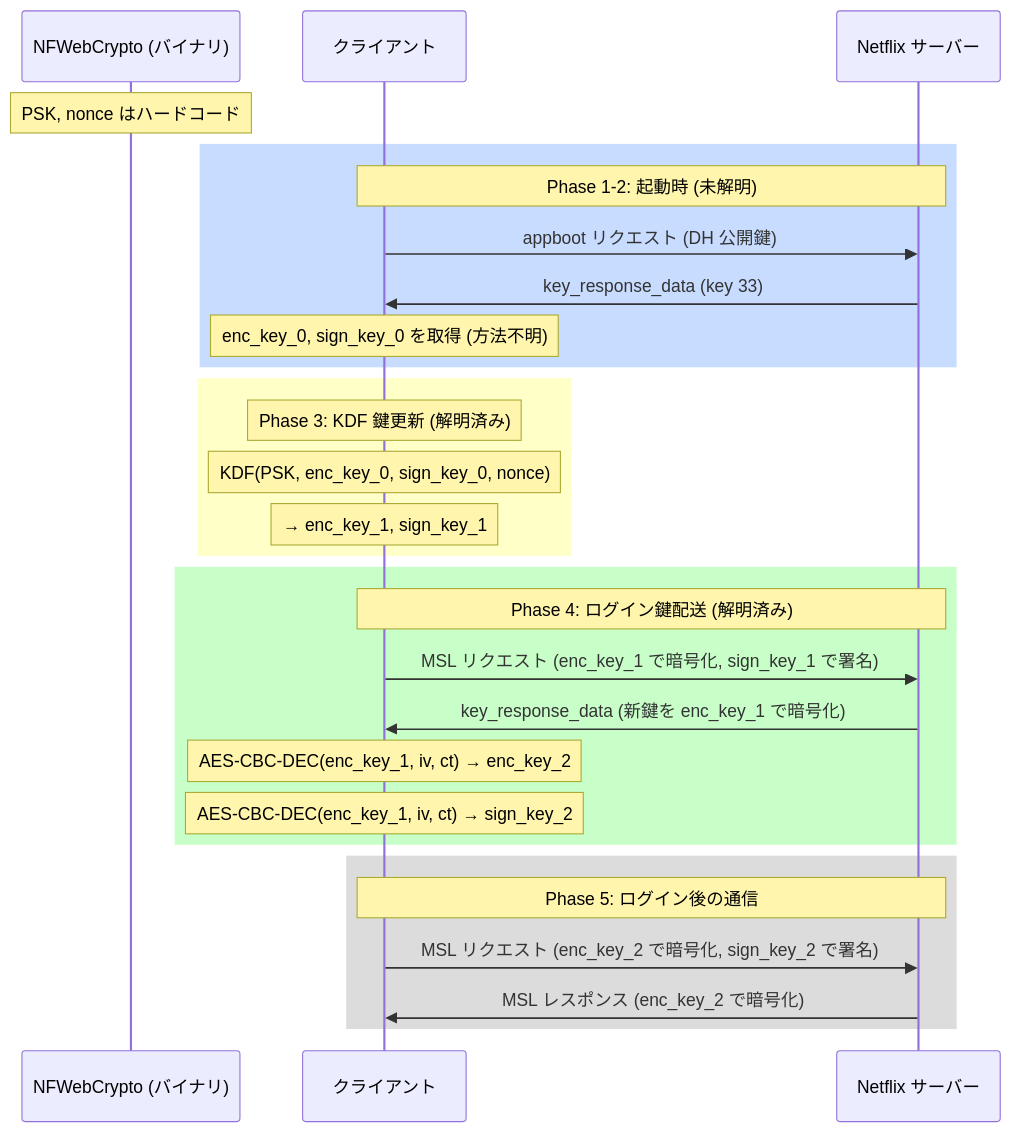
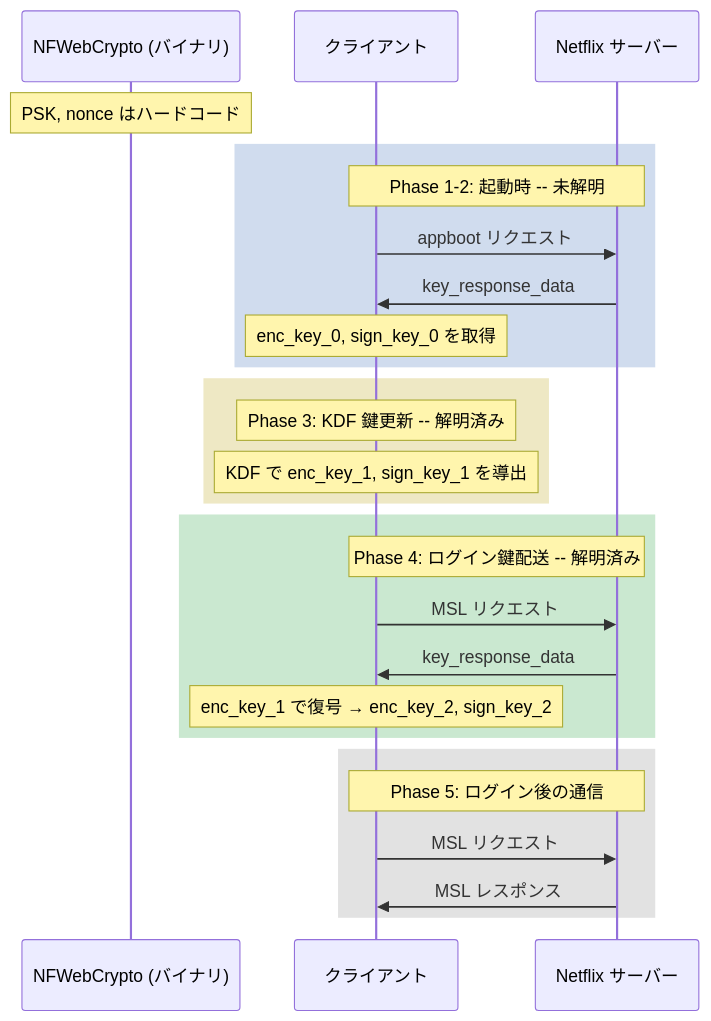
Before and after one commit to qtmleap/revkit: the second of 5 diagrams in docs/spec/msl_key_relationship.md, drawn with Mermaid.

Commit message:
fix(docs): ライフサイクル図をダークモード対応に変更
rect の背景色を rgba 半透明に変更し、ダークモードで視認性を確保。
冗長なラベルも簡潔に整理。

````diff
--- a/docs/spec/msl_key_relationship.md
+++ b/docs/spec/msl_key_relationship.md
@@ -109,35 +109,33 @@
 ```mermaid
 sequenceDiagram
     participant B as NFWebCrypto (バイナリ)
     participant C as クライアント
     participant S as Netflix サーバー
 
     Note over B: PSK, nonce はハードコード
 
-    rect rgb(200, 220, 255)
-    Note over C,S: Phase 1-2: 起動時 (未解明)
-    C->>S: appboot リクエスト (DH 公開鍵)
-    S->>C: key_response_data (key 33)
-    Note over C: enc_key_0, sign_key_0 を取得 (方法不明)
+    rect rgba(100, 140, 200, 0.3)
+    Note over C,S: Phase 1-2: 起動時 -- 未解明
+    C->>S: appboot リクエスト
+    S->>C: key_response_data
+    Note over C: enc_key_0, sign_key_0 を取得
     end
 
-    rect rgb(255, 255, 200)
-    Note over C: Phase 3: KDF 鍵更新 (解明済み)
-    Note over C: KDF(PSK, enc_key_0, sign_key_0, nonce)
-    Note over C: → enc_key_1, sign_key_1
+    rect rgba(200, 180, 60, 0.3)
+    Note over C: Phase 3: KDF 鍵更新 -- 解明済み
+    Note over C: KDF で enc_key_1, sign_key_1 を導出
     end
 
-    rect rgb(200, 255, 200)
-    Note over C,S: Phase 4: ログイン鍵配送 (解明済み)
-    C->>S: MSL リクエスト (enc_key_1 で暗号化, sign_key_1 で署名)
-    S->>C: key_response_data (新鍵を enc_key_1 で暗号化)
-    Note over C: AES-CBC-DEC(enc_key_1, iv, ct) → enc_key_2
-    Note over C: AES-CBC-DEC(enc_key_1, iv, ct) → sign_key_2
+    rect rgba(80, 180, 100, 0.3)
+    Note over C,S: Phase 4: ログイン鍵配送 -- 解明済み
+    C->>S: MSL リクエスト
+    S->>C: key_response_data
+    Note over C: enc_key_1 で復号 → enc_key_2, sign_key_2
     end
 
-    rect rgb(220, 220, 220)
+    rect rgba(160, 160, 160, 0.3)
     Note over C,S: Phase 5: ログイン後の通信
-    C->>S: MSL リクエスト (enc_key_2 で暗号化, sign_key_2 で署名)
-    S->>C: MSL レスポンス (enc_key_2 で暗号化)
+    C->>S: MSL リクエスト
+    S->>C: MSL レスポンス
     end
 ```
````
